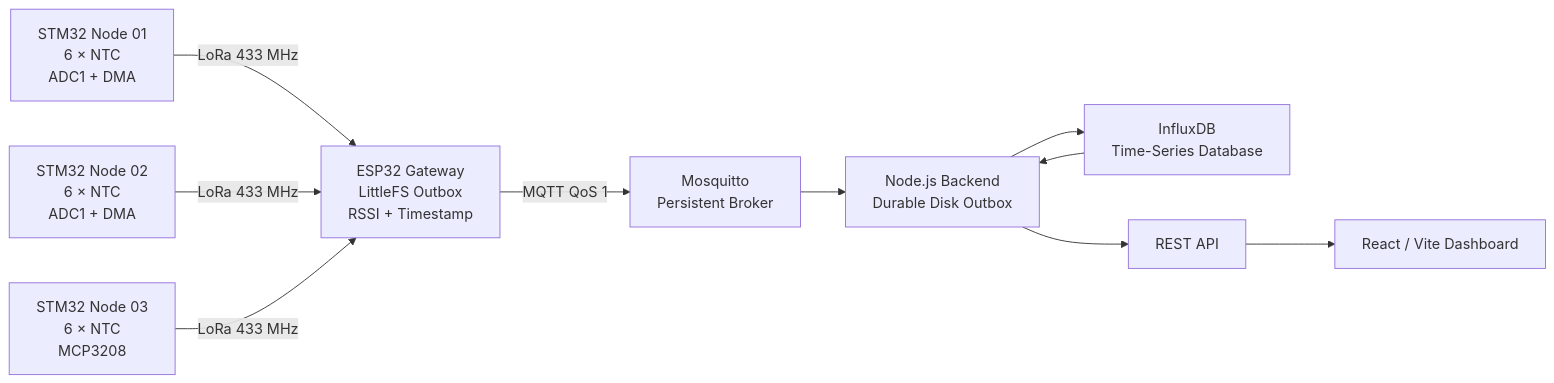
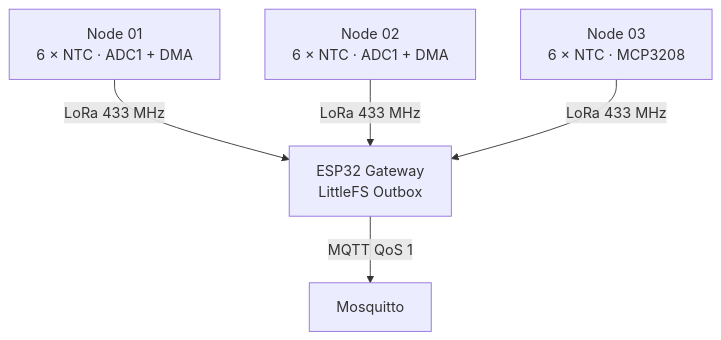
The second of 5 diagrams in README.md (haikevins/iot-system), drawn with Mermaid before and after one commit. The commit also changed other lines of this file and 3 other files, not shown here.

````diff
--- a/README.md
+++ b/README.md
@@ -191,13 +191,7 @@
 ```mermaid
-flowchart LR
-    N1["STM32 Node 01<br/>6 × NTC<br/>ADC1 + DMA"] -->|LoRa 433 MHz| GW
-    N2["STM32 Node 02<br/>6 × NTC<br/>ADC1 + DMA"] -->|LoRa 433 MHz| GW
-    N3["STM32 Node 03<br/>6 × NTC<br/>MCP3208"] -->|LoRa 433 MHz| GW
-
-    GW["ESP32 Gateway<br/>LittleFS Outbox<br/>RSSI + Timestamp"] -->|MQTT QoS 1| MQ["Mosquitto<br/>Persistent Broker"]
-    MQ --> BE["Node.js Backend<br/>Durable Disk Outbox"]
-    BE --> DB["InfluxDB<br/>Time-Series Database"]
-    BE --> API["REST API"]
-    API --> FE["React / Vite Dashboard"]
-    DB --> BE
+flowchart TB
+    N1["Node 01<br/>6 × NTC · ADC1 + DMA"] -->|"LoRa 433 MHz"| GW["ESP32 Gateway<br/>LittleFS Outbox"]
+    N2["Node 02<br/>6 × NTC · ADC1 + DMA"] -->|"LoRa 433 MHz"| GW
+    N3["Node 03<br/>6 × NTC · MCP3208"] -->|"LoRa 433 MHz"| GW
+    GW -->|"MQTT QoS 1"| MQ["Mosquitto"]
 ```
````
